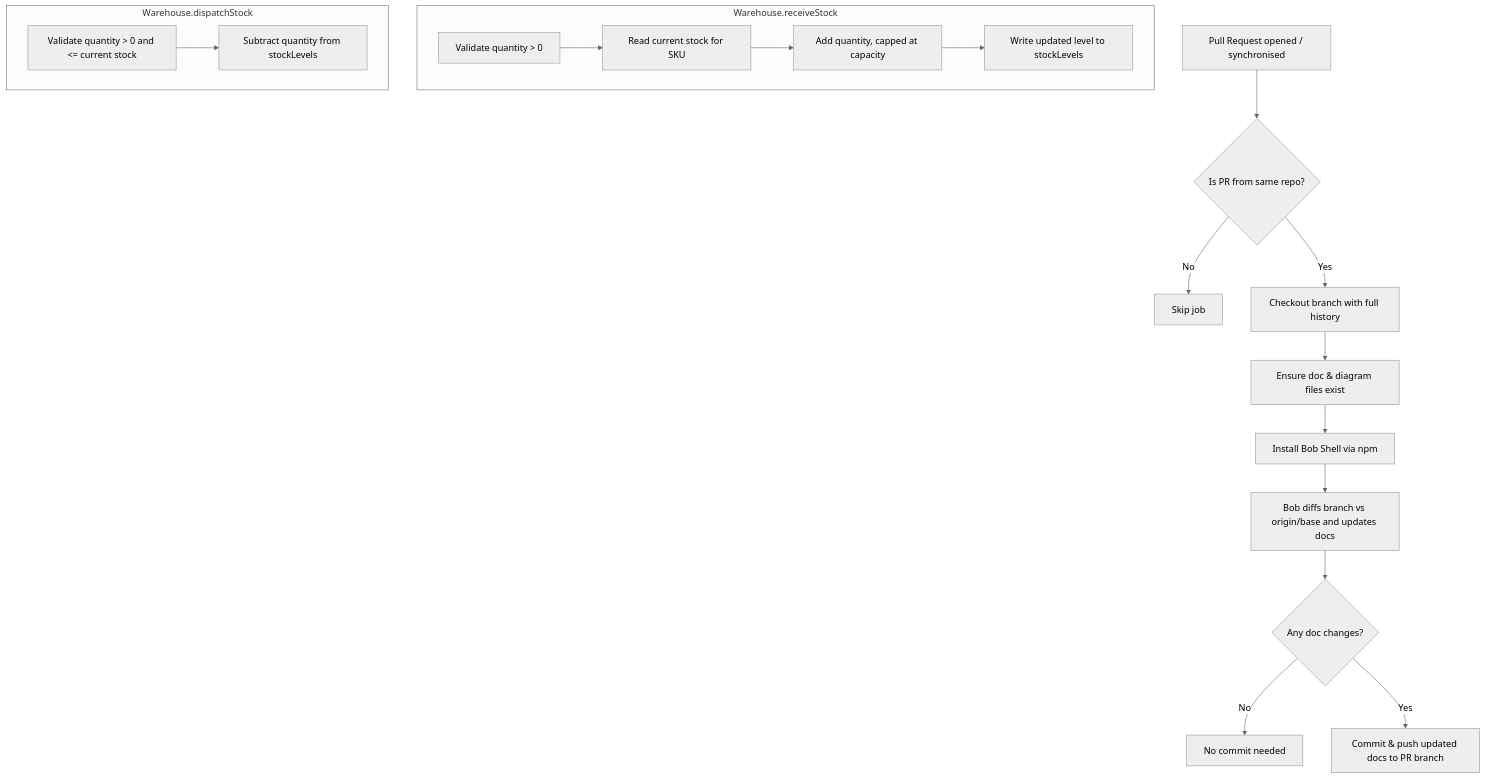
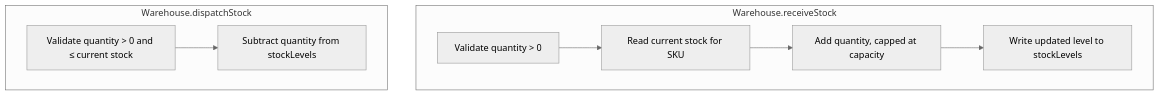
One commit to nichom01/GitHub-bob-demo changed the diagram in docs/diagrams/workflow.md. Above: the diagram before and after it, drawn with Mermaid (neutral theme). The commit also changed 2 other files, not shown here.

Commit message:
docs: auto-update release notes and diagrams via Bob

````diff
--- a/docs/diagrams/workflow.md
+++ b/docs/diagrams/workflow.md
@@ -3,22 +3,12 @@
 ```mermaid
 flowchart TD
-    PR[Pull Request opened / synchronised] --> CHECK{Is PR from same repo?}
-    CHECK -- No --> SKIP[Skip job]
-    CHECK -- Yes --> CHECKOUT[Checkout branch with full history]
-    CHECKOUT --> ENSURE[Ensure doc & diagram files exist]
-    ENSURE --> INSTALL[Install Bob Shell via npm]
-    INSTALL --> BOB[Bob diffs branch vs origin/base and updates docs]
-    BOB --> DIRTY{Any doc changes?}
-    DIRTY -- No --> DONE[No commit needed]
-    DIRTY -- Yes --> COMMIT[Commit & push updated docs to PR branch]
-
     subgraph receiveStock[Warehouse.receiveStock]
         RS1[Validate quantity > 0] --> RS2[Read current stock for SKU]
         RS2 --> RS3[Add quantity, capped at capacity]
         RS3 --> RS4[Write updated level to stockLevels]
     end
 
     subgraph dispatchStock[Warehouse.dispatchStock]
-        DS1[Validate quantity > 0 and <= current stock] --> DS2[Subtract quantity from stockLevels]
+        DS1[Validate quantity > 0 and ≤ current stock] --> DS2[Subtract quantity from stockLevels]
     end
 ```
````
